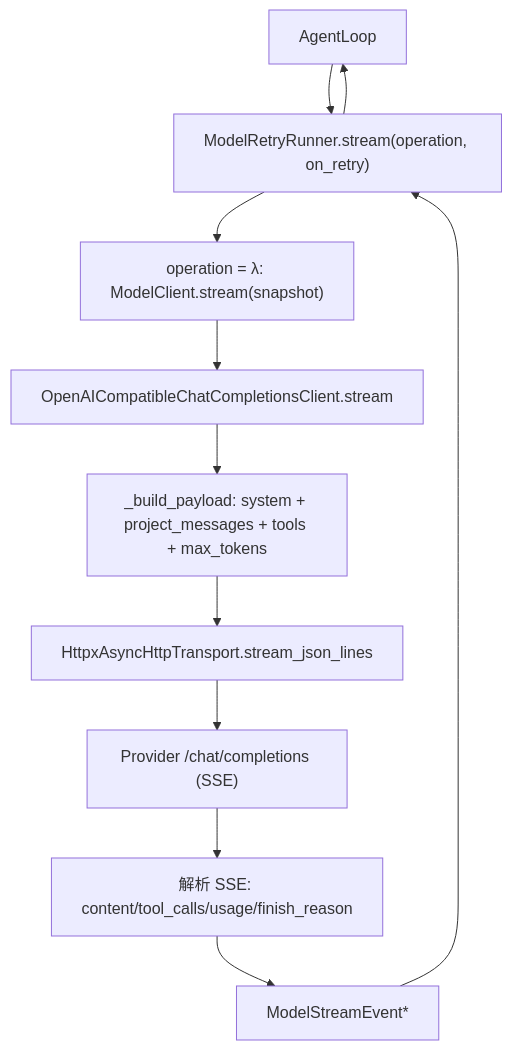
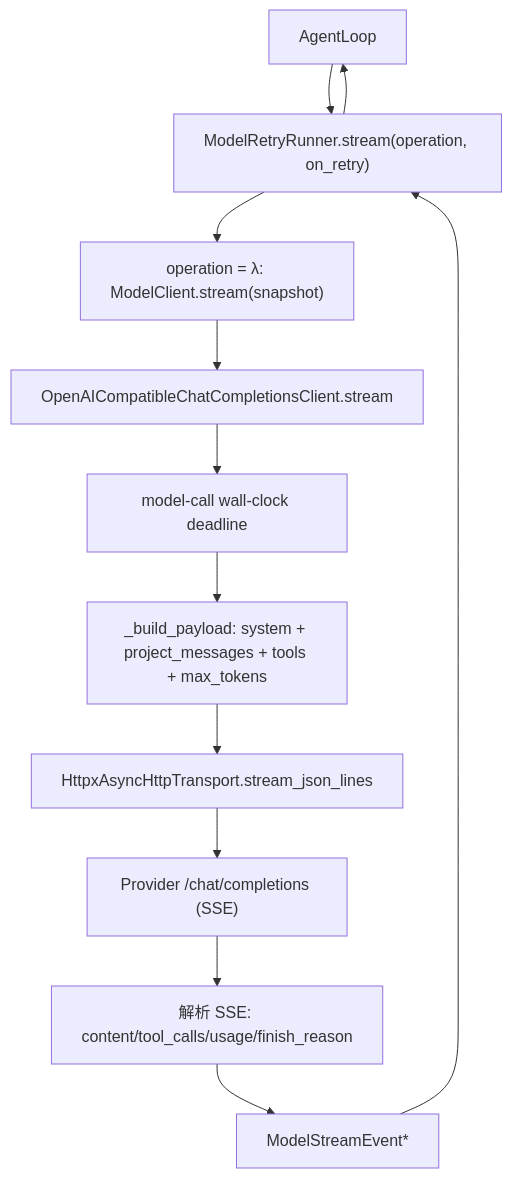
Before and after one commit to user0452/Nervure: the diagram in docs/design-docs/model-provider-architecture.md, drawn with Mermaid. The commit also changed other lines of this file and 819 other files, not shown here.

````diff
--- a/docs/design-docs/model-provider-architecture.md
+++ b/docs/design-docs/model-provider-architecture.md
@@ -55,13 +56,14 @@
 ```mermaid
 flowchart TD
   Loop["AgentLoop"] --> Retry["ModelRetryRunner.stream(operation, on_retry)"]
   Retry --> Op["operation = λ: ModelClient.stream(snapshot)"]
   Op --> Client["OpenAICompatibleChatCompletionsClient.stream"]
-  Client --> Payload["_build_payload: system + project_messages + tools + max_tokens"]
+  Client --> Deadline["model-call wall-clock deadline"]
+  Deadline --> Payload["_build_payload: system + project_messages + tools + max_tokens"]
   Payload --> Transport["HttpxAsyncHttpTransport.stream_json_lines"]
   Transport --> Provider["Provider /chat/completions (SSE)"]
   Provider --> Parse["解析 SSE: content/tool_calls/usage/finish_reason"]
   Parse --> Events["ModelStreamEvent*"]
   Events --> Retry
   Retry --> Loop
 ```
````
